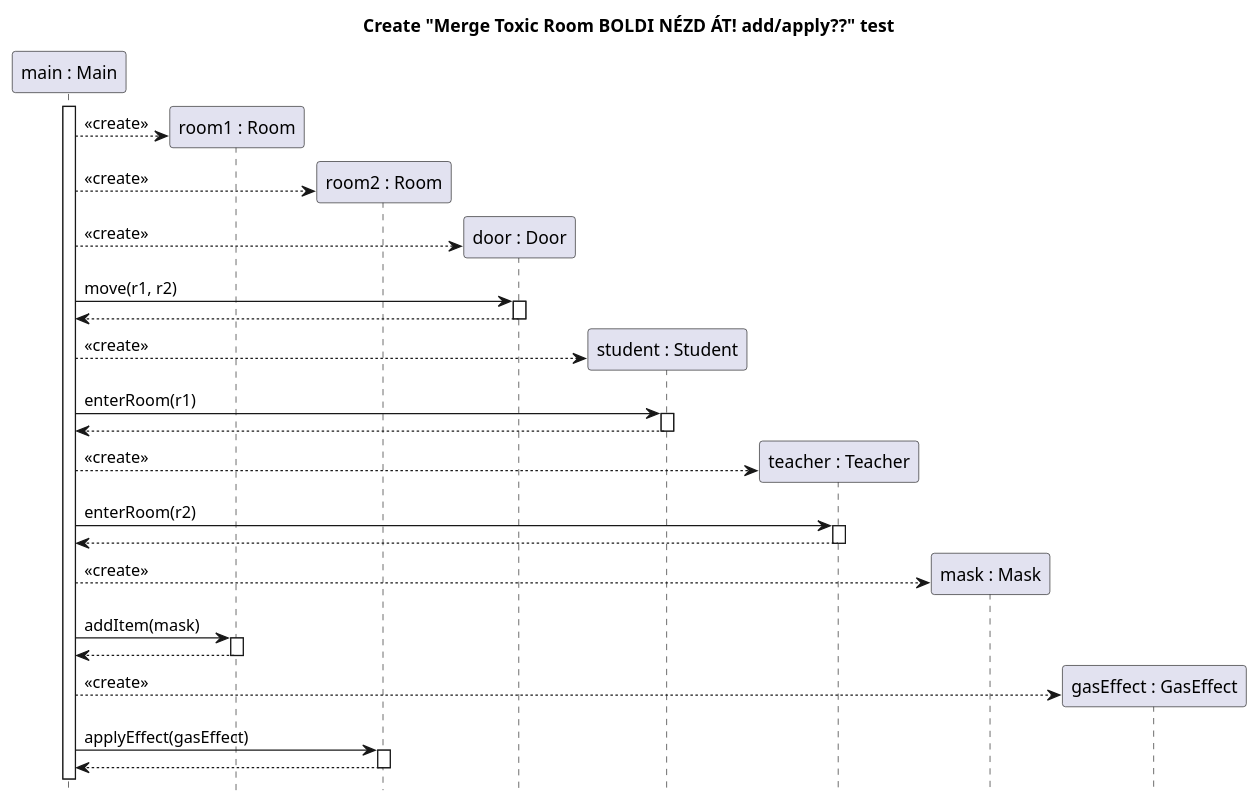
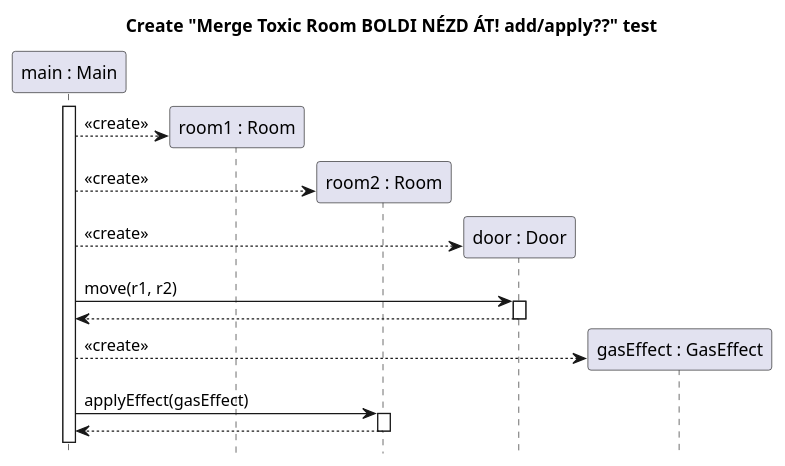
Before and after one commit to sn4k3ch4rm3r/logarlec: the diagram in docs/diagrams/test-create-sequence/room_merge_toxic_create.puml, drawn with PlantUML. The commit also changed 17 other files, not shown here.

Commit message:
Modified sequence diagrams

```diff
--- a/docs/diagrams/test-create-sequence/room_merge_toxic_create.puml
+++ b/docs/diagrams/test-create-sequence/room_merge_toxic_create.puml
@@ -1,42 +1,27 @@
 @startuml room-merge-create
 title Create "Merge Toxic Room BOLDI NÉZD ÁT! add/apply??" test
 hide footbox
 skinparam SequenceReferenceBackgroundColor white
 
 participant "main : Main" as main
 participant "room1 : Room" as r1
 participant "room2 : Room" as r2
 participant "door : Door" as door
-participant "student : Student" as student
-participant "teacher : Teacher" as teacher
-participant "mask : Mask" as mask
 participant "gasEffect : GasEffect" as gasEffect
 
 main++
 create r1
 main --> r1 : <<create>>
 create r2
 main --> r2 : <<create>>
 create door
 main --> door : <<create>>
 main -> door ++ : move(r1, r2)
 return
-create student
-main --> student : <<create>>
-main -> student ++ : enterRoom(r1)
-return
-create teacher
-main --> teacher : <<create>>
-main -> teacher ++ : enterRoom(r2)
-return
-create mask
-main --> mask : <<create>>
-main -> r1 ++ : addItem(mask)
-return
 create gasEffect
 main --> gasEffect : <<create>>
 main -> r2 ++ : applyEffect(gasEffect)
 return
 
 
 @enduml
```
